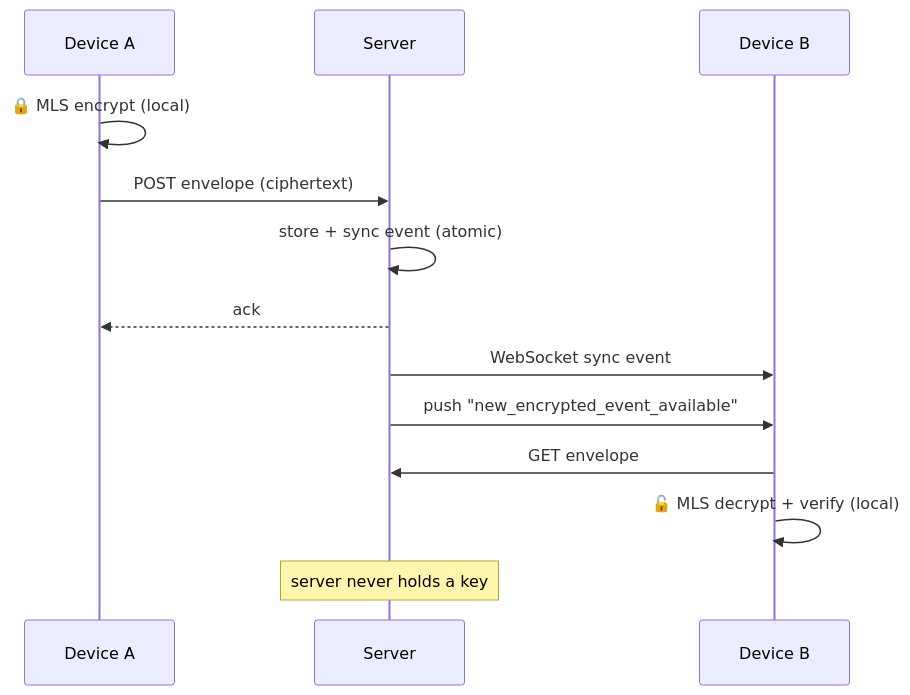
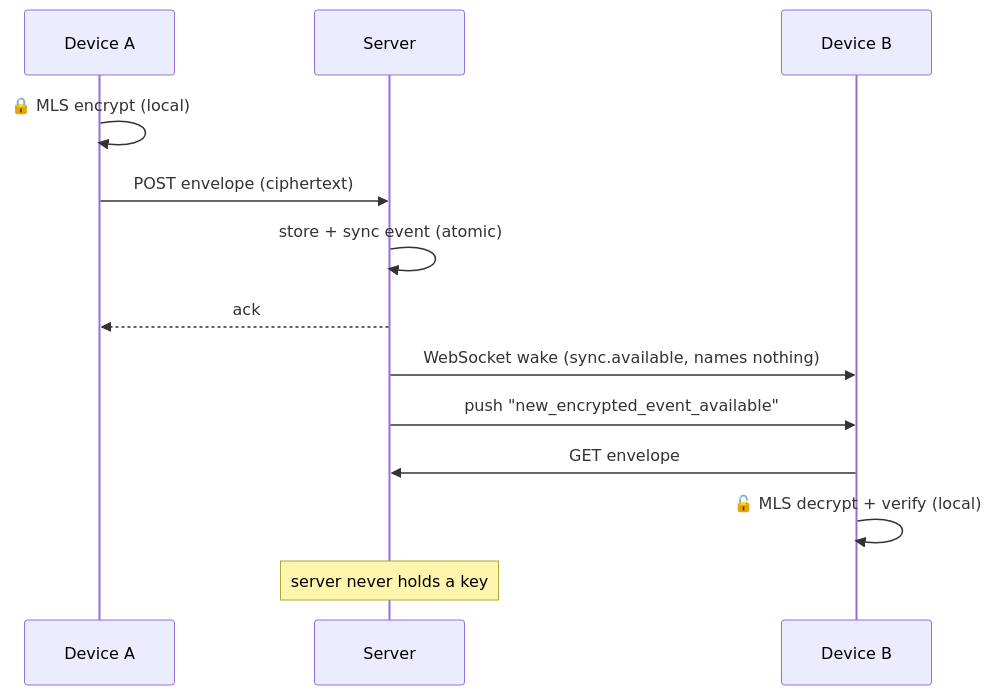
One commit to ServesYouRice/veritra changed the fourth of 6 diagrams in docs/overview.md. Above: the diagram before and after it, drawn with Mermaid. The commit also changed 11 other files, not shown here.

First line of the commit message:
Realtime message frames name nothing: a bare sync.available

````diff
--- a/docs/overview.md
+++ b/docs/overview.md
@@ -157,16 +157,16 @@
 ```mermaid
 sequenceDiagram
     participant A as Device A
     participant S as Server
     participant B as Device B
 
     A->>A: 🔒 MLS encrypt (local)
     A->>S: POST envelope (ciphertext)
     S->>S: store + sync event (atomic)
     S-->>A: ack
-    S->>B: WebSocket sync event
+    S->>B: WebSocket wake (sync.available, names nothing)
     S->>B: push "new_encrypted_event_available"
     B->>S: GET envelope
     B->>B: 🔓 MLS decrypt + verify (local)
     Note over S: server never holds a key
 ```
````
